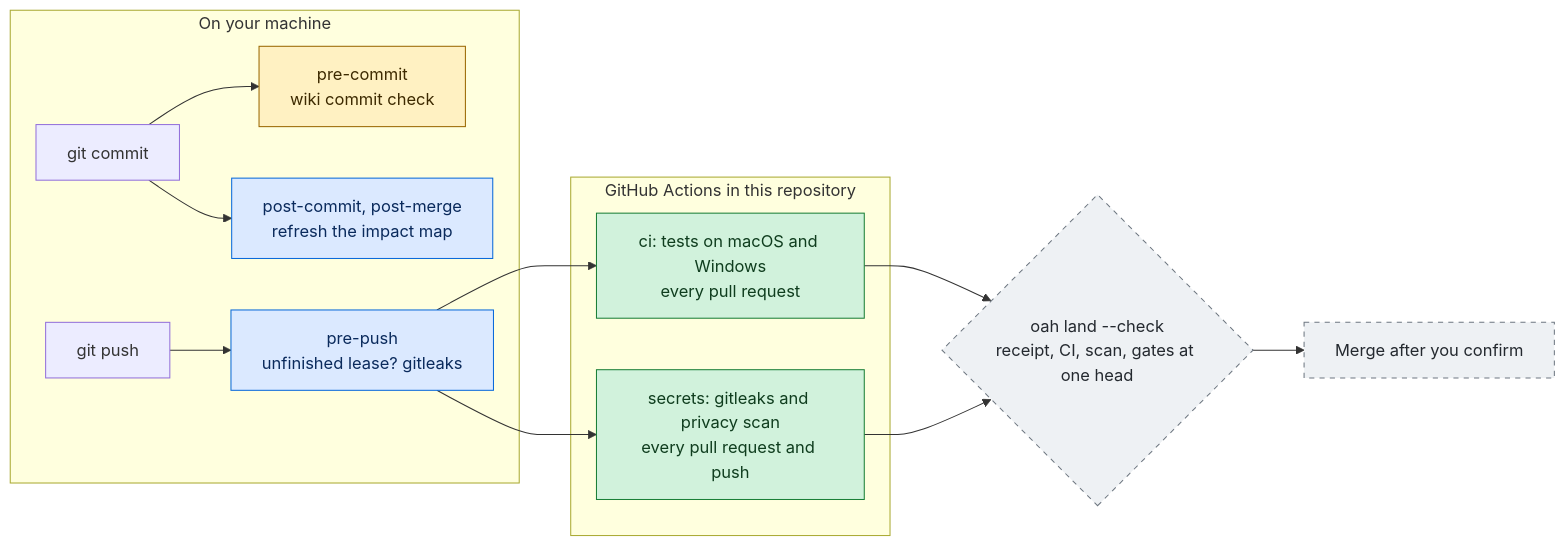
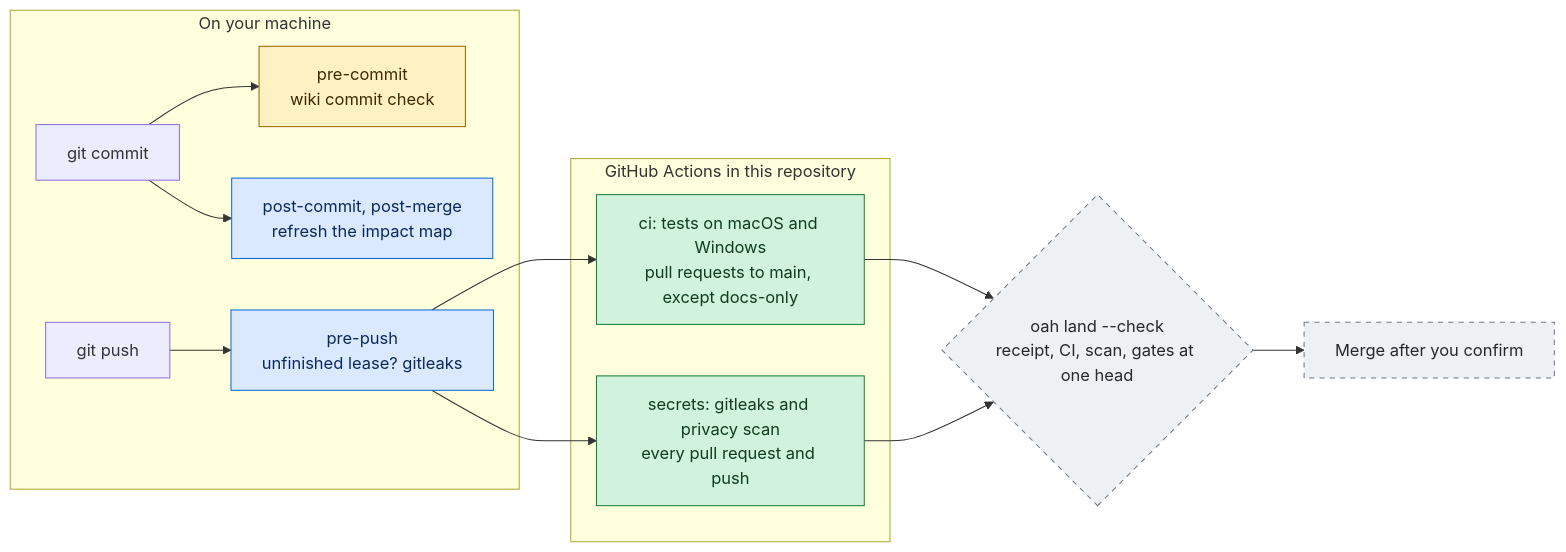
Before and after one commit to KenSuh/open-agent-harness: the seventh of 8 diagrams in README.md, drawn with Mermaid. The commit also changed other lines of this file, not shown here.

````diff
--- a/README.md
+++ b/README.md
@@ -425,36 +433,36 @@
 ```mermaid
 flowchart LR
     subgraph local["On your machine"]
         gcommit["git commit"]
         pc["pre-commit<br/>wiki commit check"]
         post["post-commit, post-merge<br/>refresh the impact map"]
         gpush["git push"]
         pp["pre-push<br/>unfinished lease? gitleaks"]
     end
 
     subgraph actions["GitHub Actions in this repository"]
-        tests["ci: tests on macOS and Windows<br/>every pull request"]
+        tests["ci: tests on macOS and Windows<br/>pull requests to main, except docs-only"]
         secrets["secrets: gitleaks and privacy scan<br/>every pull request and push"]
     end
 
     land{"oah land --check<br/>receipt, CI, scan, gates at one head"}
     landed["Merge after you confirm"]
 
     gcommit --> pc
     gcommit --> post
     gpush --> pp
     pp --> tests
     pp --> secrets
     tests --> land
     secrets --> land
     land --> landed
 
     classDef avail fill:#d1f2dc,stroke:#1a7f37,color:#0f3d1e
     classDef review fill:#dbe9ff,stroke:#0969da,color:#0a2a5c
     classDef progress fill:#fff1c2,stroke:#9a6700,color:#3d2a00
     classDef planned fill:#eef1f4,stroke:#6e7781,color:#24292f,stroke-dasharray: 5 5
     class tests,secrets avail
     class post,pp review
     class pc progress
     class land,landed planned
 ```
````
